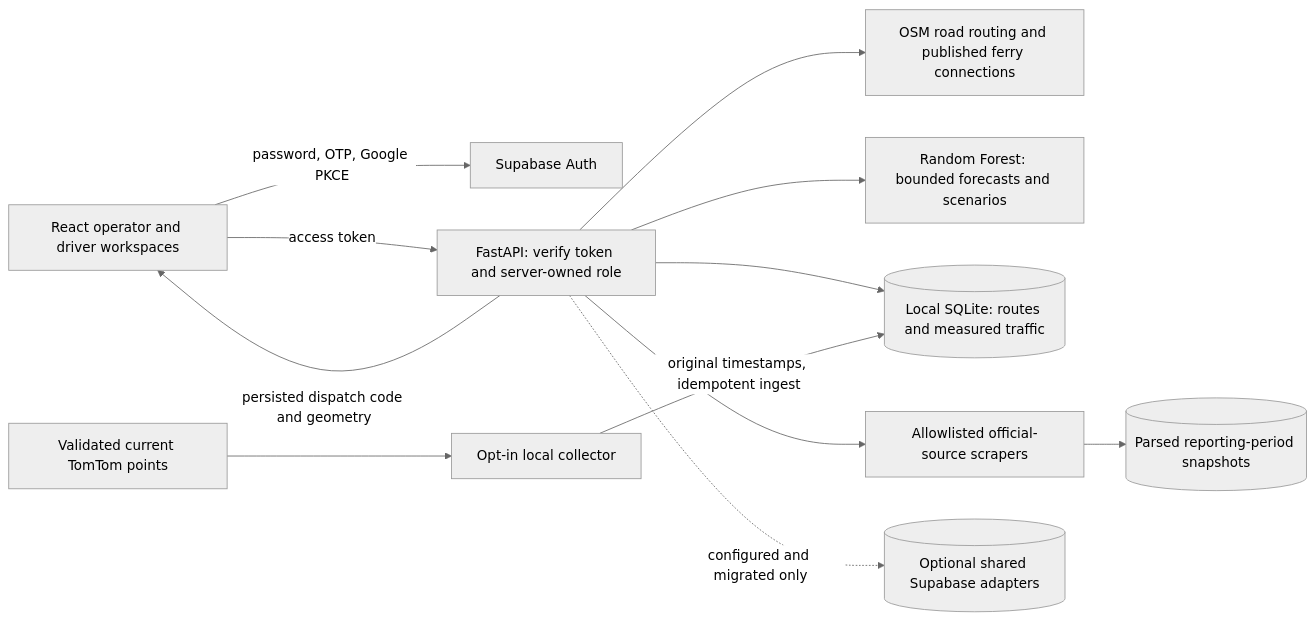
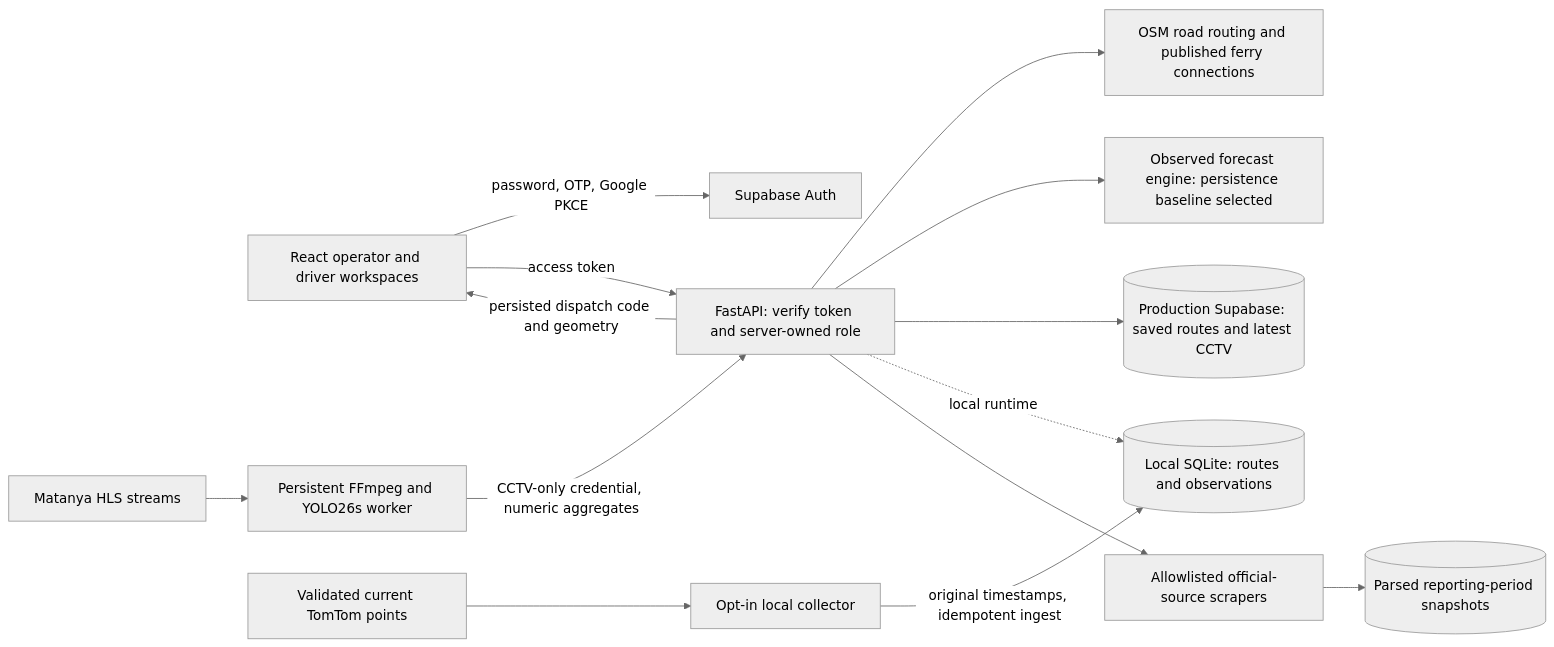
Before and after one commit to Manutd1234/CrossFlow_AI: the diagram in README.md, drawn with Mermaid (neutral theme). The commit also changed other lines of this file, not shown here.

````diff
--- a/README.md
+++ b/README.md
@@ -95,14 +95,16 @@
 ```mermaid
 flowchart LR
   UI[React operator and driver workspaces] -->|password, OTP, Google PKCE| Auth[Supabase Auth]
   UI -->|access token| API[FastAPI: verify token and server-owned role]
   API --> Routes[OSM road routing and published ferry connections]
-  API --> ML[Random Forest: bounded forecasts and scenarios]
-  API --> DB[(Local SQLite: routes and measured traffic)]
+  API --> ML[Observed forecast engine: persistence baseline selected]
+  API --> Shared[(Production Supabase: saved routes and latest CCTV)]
+  API -. local runtime .-> DB[(Local SQLite: routes and observations)]
+  Feeds[Matanya HLS streams] --> CV[Persistent FFmpeg and YOLO26s worker]
+  CV -->|CCTV-only credential, numeric aggregates| API
   API --> Scrapers[Allowlisted official-source scrapers]
   Scrapers --> Reports[(Parsed reporting-period snapshots)]
   Traffic[Validated current TomTom points] --> Worker[Opt-in local collector]
   Worker -->|original timestamps, idempotent ingest| DB
   API -->|persisted dispatch code and geometry| UI
-  API -. configured and migrated only .-> Shared[(Optional shared Supabase adapters)]
 ```
````
